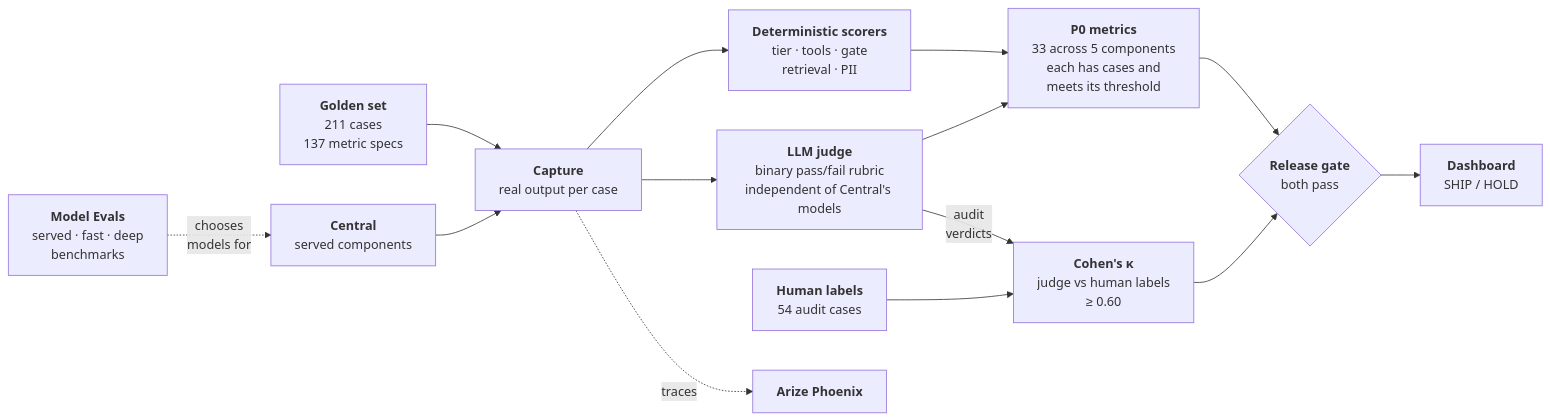
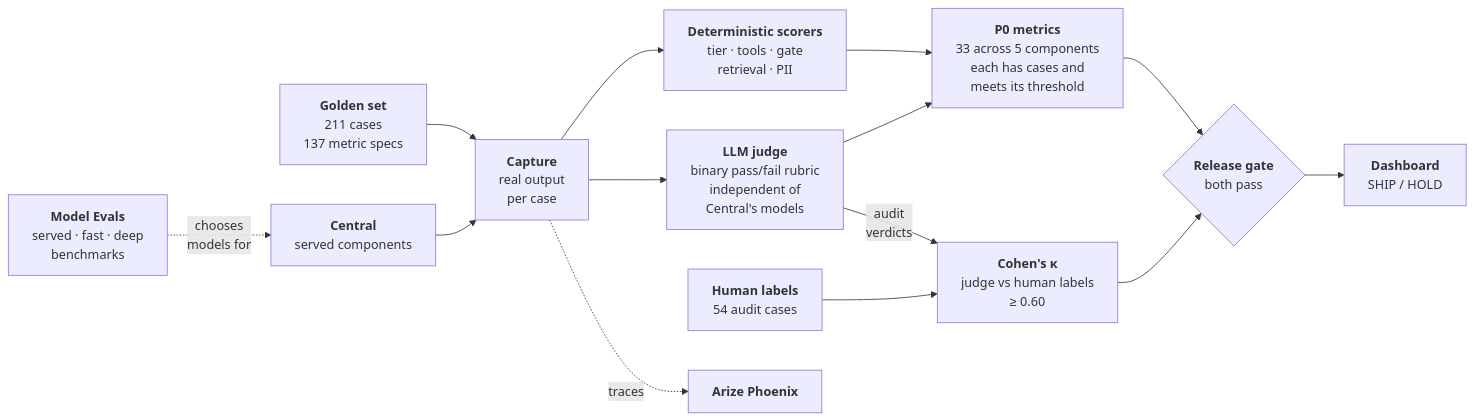
One commit to michaelma-ai/portfolio changed the diagram in eval_harness/assets/system-design.mmd. Above: the diagram before and after it, drawn with Mermaid. The commit also changed 2 other files, not shown here.

Commit message:
System design charts: narrower so text displays larger than the originals
Break the two longest Eval Harness lines at phrase boundaries and reduce
horizontal spacing. On GitHub's 1012 px width, chart text now shows at
11.2 px (Central) and 10.3 px (Eval Harness), against 9.6 px and 10.1 px
for the original Mermaid charts, with no label wrapped mid-phrase.

```diff
--- a/eval_harness/assets/system-design.mmd
+++ b/eval_harness/assets/system-design.mmd
@@ -1,34 +1,36 @@
 flowchart LR
     Golden["`**Golden set**
 211 cases
 137 metric specs`"] --> Capture
     Central["`**Central**
 served components`"] --> Capture["`**Capture**
-real output per case`"]
+real output
+per case`"]
     ModelEvals["`**Model Evals**
 served · fast · deep
 benchmarks`"] -. "`chooses
 models for`" .-> Central
     Capture --> Score["`**Deterministic scorers**
 tier · tools · gate
 retrieval · PII`"]
     Capture --> Judge["`**LLM judge**
 binary pass/fail rubric
-independent of Central's models`"]
+independent of
+Central's models`"]
     Score --> Metrics["`**P0 metrics**
 33 across 5 components
 each has cases and
 meets its threshold`"]
     Judge --> Metrics
     Judge -- "`audit
 verdicts`" --> Kappa["`**Cohen's κ**
 judge vs human labels
 ≥ 0.60`"]
     Labels["`**Human labels**
 54 audit cases`"] --> Kappa
     Metrics --> Gate{"`**Release gate**
 both pass`"}
     Kappa --> Gate
     Gate --> Dash["`**Dashboard**
 SHIP / HOLD`"]
     Capture -. "traces" .-> Phoenix["`**Arize Phoenix**`"]
```
